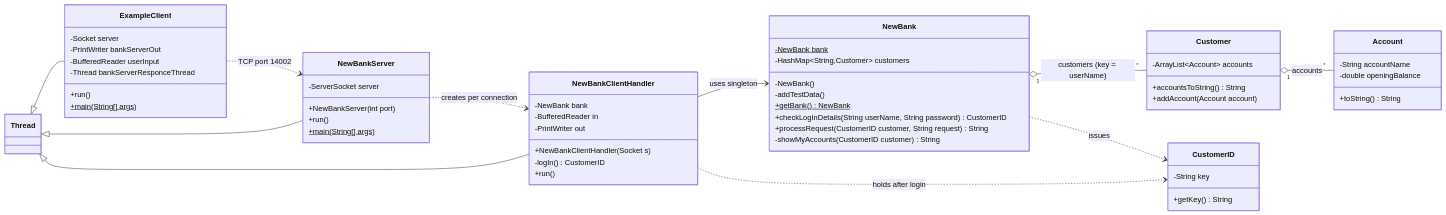
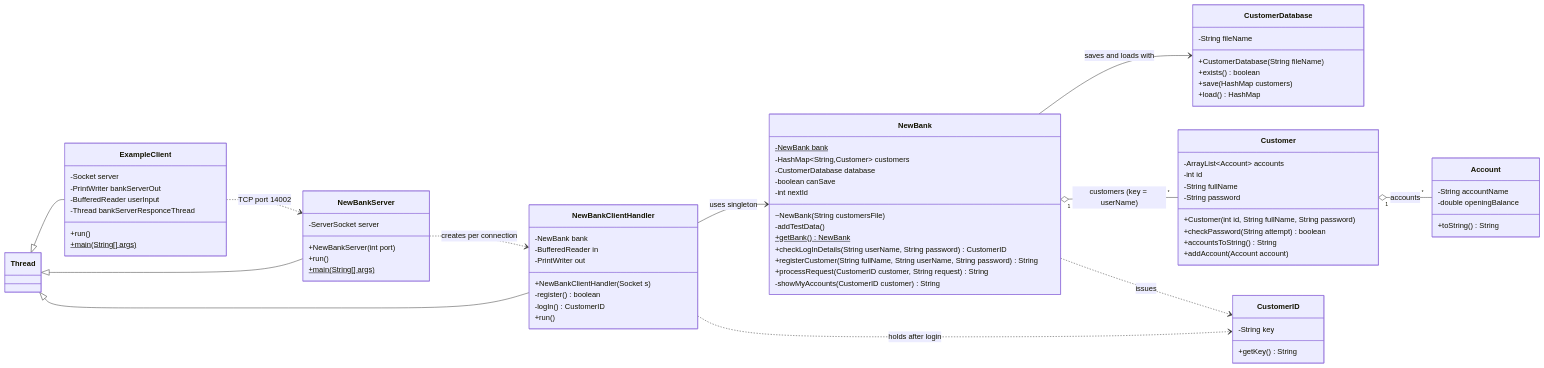
One commit to richy1623/bath_new_bank changed the third of 9 diagrams in README.md. Above: the diagram before and after it, drawn with Mermaid. The commit also changed other lines of this file and 5 other files, not shown here.

````diff
--- a/README.md
+++ b/README.md
@@ -230,62 +282,80 @@
 ```mermaid
 classDiagram
     direction LR
 
     class NewBankServer {
         -ServerSocket server
         +NewBankServer(int port)
         +run()
         +main(String[] args)$
     }
     class NewBankClientHandler {
         -NewBank bank
         -BufferedReader in
         -PrintWriter out
         +NewBankClientHandler(Socket s)
+        -register() boolean
         -logIn() CustomerID
         +run()
     }
     class NewBank {
         -NewBank bank$
         -HashMap~String,Customer~ customers
-        -NewBank()
+        -CustomerDatabase database
+        -boolean canSave
+        -int nextId
+        ~NewBank(String customersFile)
         -addTestData()
         +getBank()$ NewBank
         +checkLogInDetails(String userName, String password) CustomerID
+        +registerCustomer(String fullName, String userName, String password) String
         +processRequest(CustomerID customer, String request) String
         -showMyAccounts(CustomerID customer) String
     }
+    class CustomerDatabase {
+        -String fileName
+        +CustomerDatabase(String fileName)
+        +exists() boolean
+        +save(HashMap customers)
+        +load() HashMap
+    }
     class Customer {
         -ArrayList~Account~ accounts
+        -int id
+        -String fullName
+        -String password
+        +Customer(int id, String fullName, String password)
+        +checkPassword(String attempt) boolean
         +accountsToString() String
         +addAccount(Account account)
     }
     class Account {
         -String accountName
         -double openingBalance
         +toString() String
     }
     class CustomerID {
         -String key
         +getKey() String
     }
     class ExampleClient {
         -Socket server
         -PrintWriter bankServerOut
         -BufferedReader userInput
         -Thread bankServerResponceThread
         +run()
         +main(String[] args)$
     }
 
     Thread <|-- NewBankServer
     Thread <|-- NewBankClientHandler
     Thread <|-- ExampleClient
     NewBankServer ..> NewBankClientHandler : creates per connection
     NewBankClientHandler --> NewBank : uses singleton
     NewBankClientHandler ..> CustomerID : holds after login
     NewBank "1" o-- "*" Customer : customers (key = userName)
+    NewBank --> CustomerDatabase : saves and loads with
     Customer "1" o-- "*" Account : accounts
     NewBank ..> CustomerID : issues
     ExampleClient ..> NewBankServer : TCP port 14002
 ```
````
